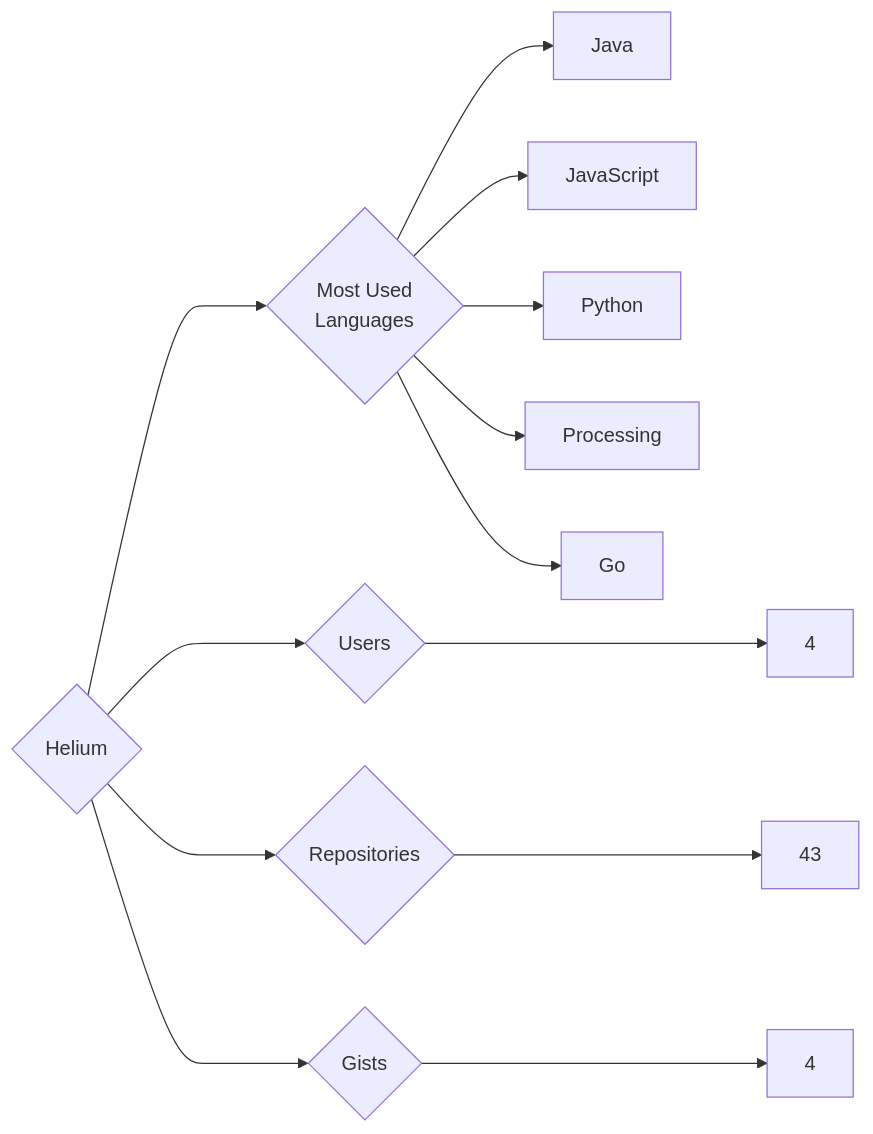
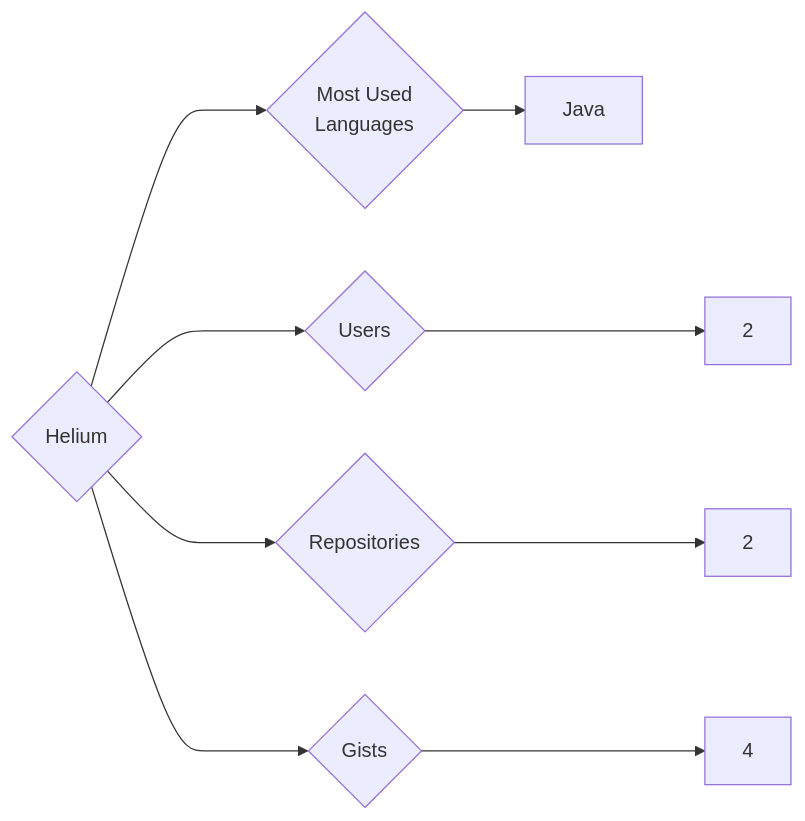
The diagram in targets/Helium/README.md (trickest/insiders), drawn with Mermaid before and after one commit. The commit also changed 942 other files, not shown here.

````diff
--- a/targets/Helium/README.md
+++ b/targets/Helium/README.md
@@ -3,13 +3,9 @@
 ```mermaid
 graph LR
 COMPANY_NAME{Helium}
-COMPANY_NAME ---> U{Users} ---> UN[4]
-COMPANY_NAME ---> R{Repositories} ---> RN[43]
+COMPANY_NAME ---> U{Users} ---> UN[2]
+COMPANY_NAME ---> R{Repositories} ---> RN[2]
 COMPANY_NAME ---> G{Gists} ---> GN[4]
 COMPANY_NAME ---> ML{Most Used<br>Languages}
 ML --> Java[Java]
-ML --> JavaScript[JavaScript]
-ML --> Python[Python]
-ML --> Processing[Processing]
-ML --> Go[Go]
 ```
````
